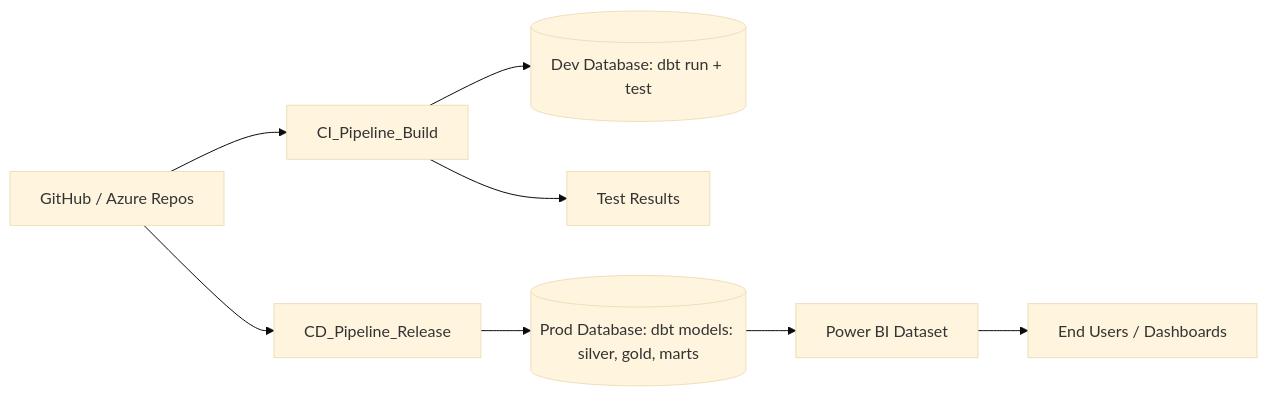
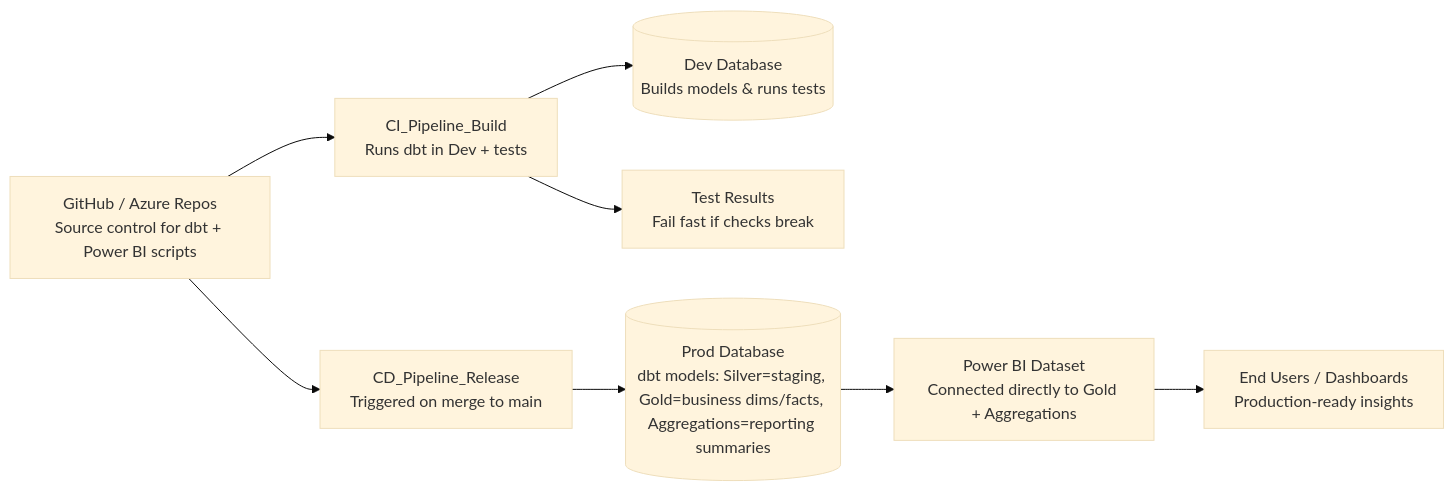
The diagram in README.md (echoNad3/balta_data_architect_task), drawn with Mermaid (base theme) before and after one commit.

````diff
--- a/README.md
+++ b/README.md
@@ -115,11 +115,15 @@
 ```mermaid
 flowchart LR
-  GIT[GitHub / Azure Repos] --> CI[CI_Pipeline_Build]
-  CI --> DEVDB[(Dev Database: dbt run + test)]
-  CI --> QA[Test Results]
+  GIT[GitHub / Azure Repos<br/>Source control for dbt + Power BI scripts] 
+    --> CI[CI_Pipeline_Build<br/>Runs dbt in Dev + tests]
 
-  GIT --> CD[CD_Pipeline_Release]
-  CD --> PRODDB[(Prod Database: dbt models: silver, gold, marts)]
-  PRODDB --> PBI[Power BI Dataset]
-  PBI --> USERS[End Users / Dashboards]
+  CI --> DEVDB[(Dev Database<br/>Builds models & runs tests)]
+  CI --> QA[Test Results<br/>Fail fast if checks break]
+
+  GIT --> CD[CD_Pipeline_Release<br/>Triggered on merge to main]
+
+  CD --> PRODDB[(Prod Database<br/>dbt models: Silver=staging, Gold=business dims/facts, Aggregations=reporting summaries)]
+
+  PRODDB --> PBI[Power BI Dataset<br/>Connected directly to Gold + Aggregations]
+  PBI --> USERS[End Users / Dashboards<br/>Production-ready insights]
   ```
````
